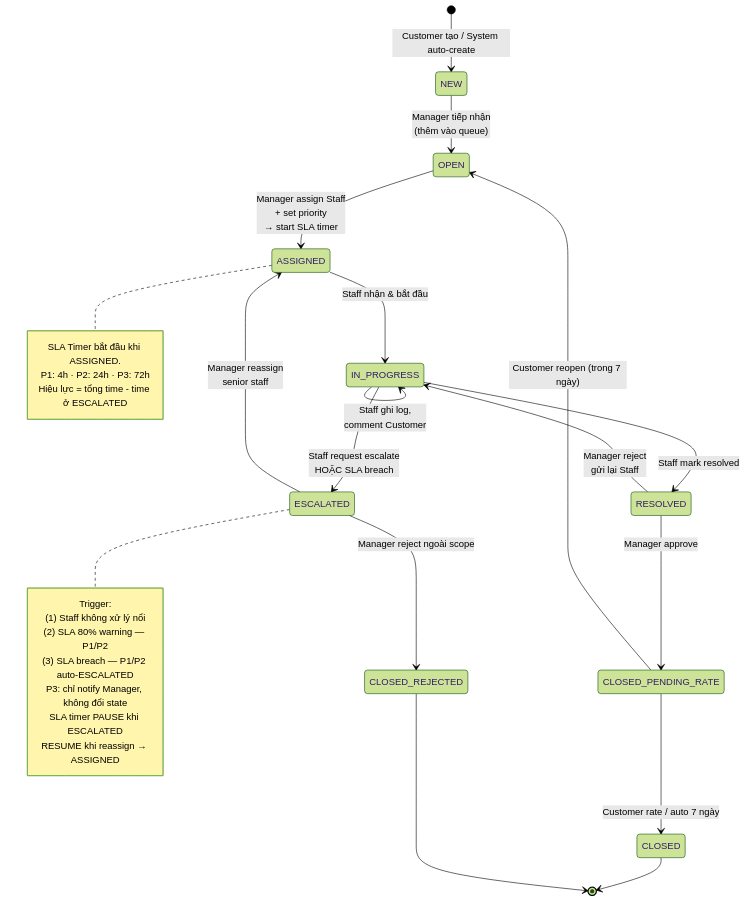
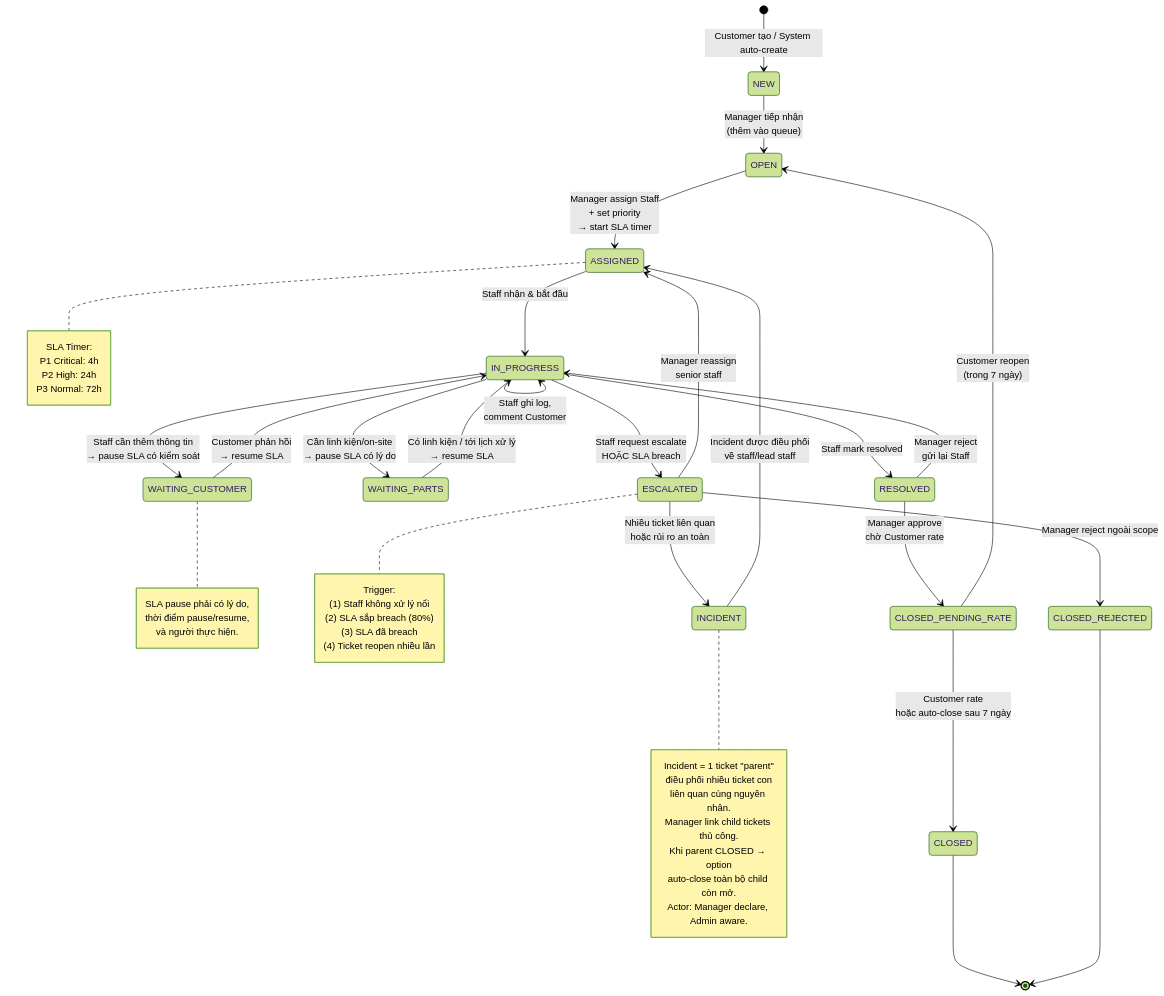
Before and after one commit to GSU26SE55/backend: the third of 8 diagrams in .claude/docs/core-business-flow.md, drawn with Mermaid (forest theme). The commit also changed other lines of this file and 3 other files, not shown here.

````diff
--- a/.claude/docs/core-business-flow.md
+++ b/.claude/docs/core-business-flow.md
@@ -219,40 +226,63 @@
 ```mermaid
 stateDiagram-v2
     [*] --> NEW : Customer tạo / System auto-create
 
     NEW --> OPEN : Manager tiếp nhận<br/>(thêm vào queue)
     OPEN --> ASSIGNED : Manager assign Staff<br/>+ set priority<br/>→ start SLA timer
 
     ASSIGNED --> IN_PROGRESS : Staff nhận & bắt đầu
     IN_PROGRESS --> IN_PROGRESS : Staff ghi log,<br/>comment Customer
 
+    IN_PROGRESS --> WAITING_CUSTOMER : Staff cần thêm thông tin<br/>→ pause SLA có kiểm soát
+    WAITING_CUSTOMER --> IN_PROGRESS : Customer phản hồi<br/>→ resume SLA
+    IN_PROGRESS --> WAITING_PARTS : Cần linh kiện/on-site<br/>→ pause SLA có lý do
+    WAITING_PARTS --> IN_PROGRESS : Có linh kiện / tới lịch xử lý<br/>→ resume SLA
+
     IN_PROGRESS --> RESOLVED : Staff mark resolved
     IN_PROGRESS --> ESCALATED : Staff request escalate<br/>HOẶC SLA breach
 
     ESCALATED --> ASSIGNED : Manager reassign<br/>senior staff
+    ESCALATED --> INCIDENT : Nhiều ticket liên quan<br/>hoặc rủi ro an toàn
     ESCALATED --> CLOSED_REJECTED : Manager reject ngoài scope
 
-    RESOLVED --> CLOSED_PENDING_RATE : Manager approve
-    CLOSED_PENDING_RATE --> CLOSED : Customer rate / auto 7 ngày
-    CLOSED_PENDING_RATE --> OPEN : Customer reopen (trong 7 ngày)
+    INCIDENT --> ASSIGNED : Incident được điều phối<br/>về staff/lead staff
+
+    RESOLVED --> CLOSED_PENDING_RATE : Manager approve<br/>chờ Customer rate
+    CLOSED_PENDING_RATE --> CLOSED : Customer rate<br/>hoặc auto-close sau 7 ngày
     RESOLVED --> IN_PROGRESS : Manager reject<br/>gửi lại Staff
+    CLOSED_PENDING_RATE --> OPEN : Customer reopen<br/>(trong 7 ngày)
 
     CLOSED --> [*]
     CLOSED_REJECTED --> [*]
 
     note right of ASSIGNED
-        SLA Timer bắt đầu khi ASSIGNED.
-        P1: 4h · P2: 24h · P3: 72h
-        Hiệu lực = tổng time - time ở ESCALATED
+        SLA Timer:
+        P1 Critical: 4h
+        P2 High: 24h
+        P3 Normal: 72h
+    end note
+
+    note right of WAITING_CUSTOMER
+        SLA pause phải có lý do,
+        thời điểm pause/resume,
+        và người thực hiện.
     end note
 
     note right of ESCALATED
         Trigger:
         (1) Staff không xử lý nổi
-        (2) SLA 80% warning — P1/P2
-        (3) SLA breach — P1/P2 auto-ESCALATED
-             P3: chỉ notify Manager, không đổi state
-        SLA timer PAUSE khi ESCALATED
-        RESUME khi reassign → ASSIGNED
+        (2) SLA sắp breach (80%)
+        (3) SLA đã breach
+        (4) Ticket reopen nhiều lần
+    end note
+
+    note right of INCIDENT
+        Incident = 1 ticket "parent"
+        điều phối nhiều ticket con
+        liên quan cùng nguyên nhân.
+        Manager link child tickets thủ công.
+        Khi parent CLOSED → option
+        auto-close toàn bộ child còn mở.
+        Actor: Manager declare, Admin aware.
     end note
 ```
````
